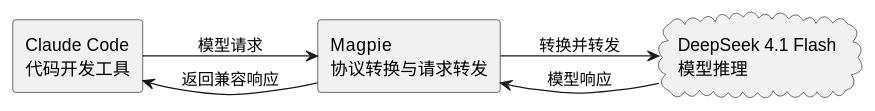
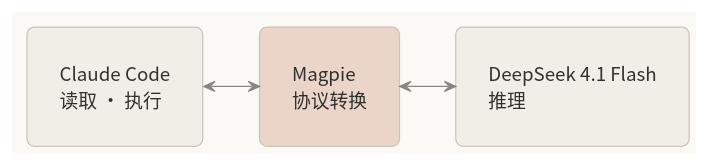
The first of 5 diagrams in src/content/posts/magpie-deepseek-4-1-claude-code.md (i-zrhe2016/blog.zrhe2016.cc), drawn with PlantUML before and after one commit. The commit also changed other lines of this file and 5 other files, not shown here.

Commit message:
docs: simplify Magpie article diagrams with warm minimal styling

````diff
--- a/src/content/posts/magpie-deepseek-4-1-claude-code.md
+++ b/src/content/posts/magpie-deepseek-4-1-claude-code.md
@@ -19,15 +19,29 @@
 ```plantuml
 @startuml
+!theme plain
+skinparam backgroundColor #FAF9F5
+skinparam defaultFontName "Noto Sans CJK SC"
+skinparam defaultFontSize 15
+skinparam defaultFontColor #30302E
+skinparam shadowing false
+skinparam roundCorner 12
+skinparam padding 16
+skinparam nodesep 40
+skinparam ranksep 45
+skinparam ArrowColor #87867F
+skinparam ArrowThickness 1
+skinparam rectangle {
+  BackgroundColor #F0EEE6
+  BorderColor #C8C5BB
+  BorderThickness 1
+}
+hide stereotype
 left to right direction
 
-rectangle "Claude Code\n代码开发工具" as CC
-rectangle "Magpie\n协议转换与请求转发" as M
-cloud "DeepSeek 4.1 Flash\n模型推理" as DS
-
-CC --> M : 模型请求
-M --> DS : 转换并转发
-DS --> M : 模型响应
-M --> CC : 返回兼容响应
-
+rectangle "Claude Code\n读取 · 执行" as CC
+rectangle "Magpie\n协议转换" as M #EAD5C8
+rectangle "DeepSeek 4.1 Flash\n推理" as DS
+CC <--> M
+M <--> DS
 @enduml
 ```
````
